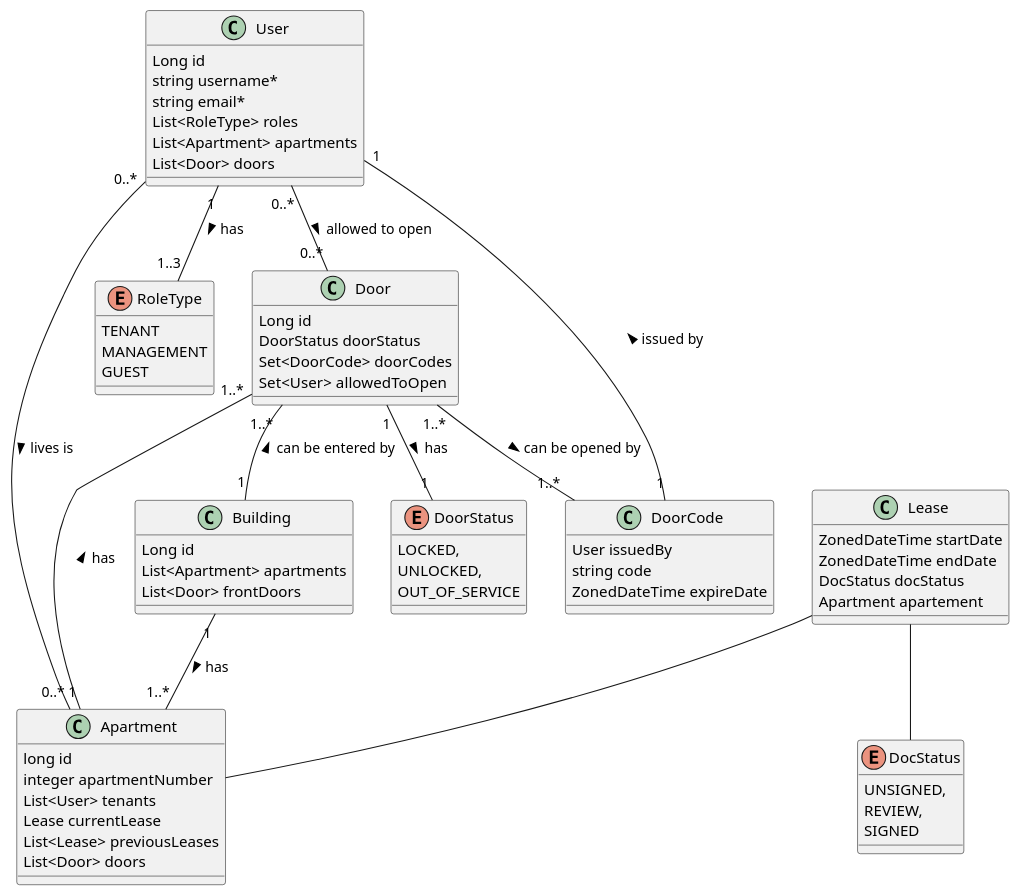
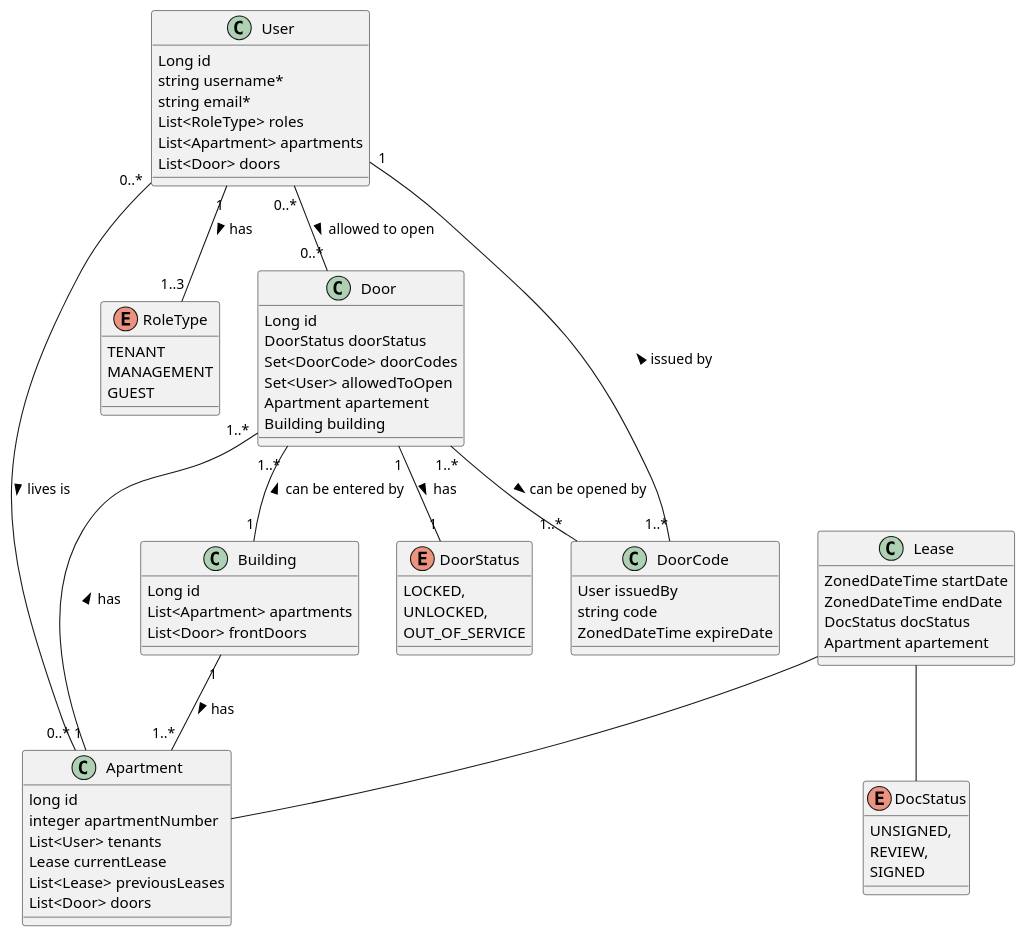
Before and after one commit to seancampbell3161/DSD-app: the diagram in super_backend/model.puml, drawn with PlantUML. The commit also changed 10 other files, not shown here.

```diff
--- a/super_backend/model.puml
+++ b/super_backend/model.puml
@@ -1,83 +1,85 @@
 @startuml
 class User{
 Long id
 string username*
 string email*
 List<RoleType> roles
 List<Apartment> apartments
 List<Door> doors
 }
 
 class Apartment {
 long id
 integer apartmentNumber
 List<User> tenants
 Lease currentLease
 List<Lease> previousLeases
 List<Door> doors
 }
 
 enum RoleType{
 TENANT
 MANAGEMENT
 GUEST
 }
 
 
 
 class Lease {
 ZonedDateTime startDate
 ZonedDateTime endDate
 DocStatus docStatus
 Apartment apartement
 }
 
 enum DocStatus {
 UNSIGNED,
 REVIEW,
 SIGNED
 }
 
 class Building {
 Long id
 List<Apartment> apartments
 List<Door> frontDoors
 }
 
 class Door{
 Long id
 DoorStatus doorStatus
 Set<DoorCode> doorCodes
 Set<User> allowedToOpen
+Apartment apartement
+Building building
 }
 
 enum DoorStatus{
 LOCKED,
 UNLOCKED,
 OUT_OF_SERVICE
 }
 
 class DoorCode {
 User issuedBy
 string code
 ZonedDateTime expireDate
 }
 
 
 
 User "1" -- "1..3" RoleType : > has
 Lease -- DocStatus
 Lease -- Apartment
 User "0..*" -- "0..*" Apartment : > lives is
 Building "1" -- "1..*" Apartment : > has
 Door "1..*" -- "1" Building : < can be entered by
 Door "1..*" -- "1" Apartment: < has
 Door "1" -- "1" DoorStatus : > has
 Door "1..*" -- "1..*" DoorCode : > can be opened by
-DoorCode "1" -- "1" User :  > issued by
+DoorCode "1..*" -- "1" User :  > issued by
 User "0..*" -- "0..*" Door : > allowed to open
 
 
 
 
 @enduml
```
